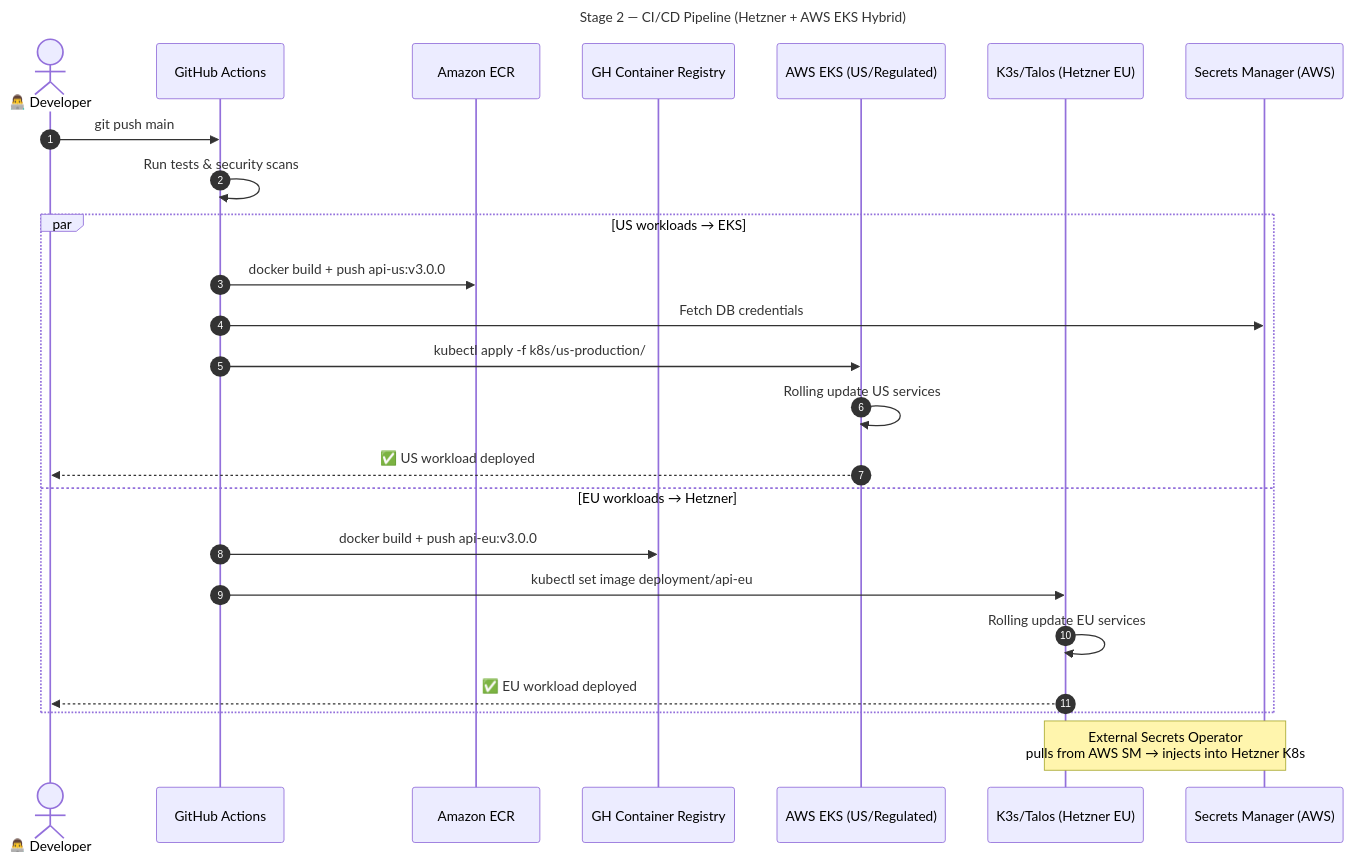
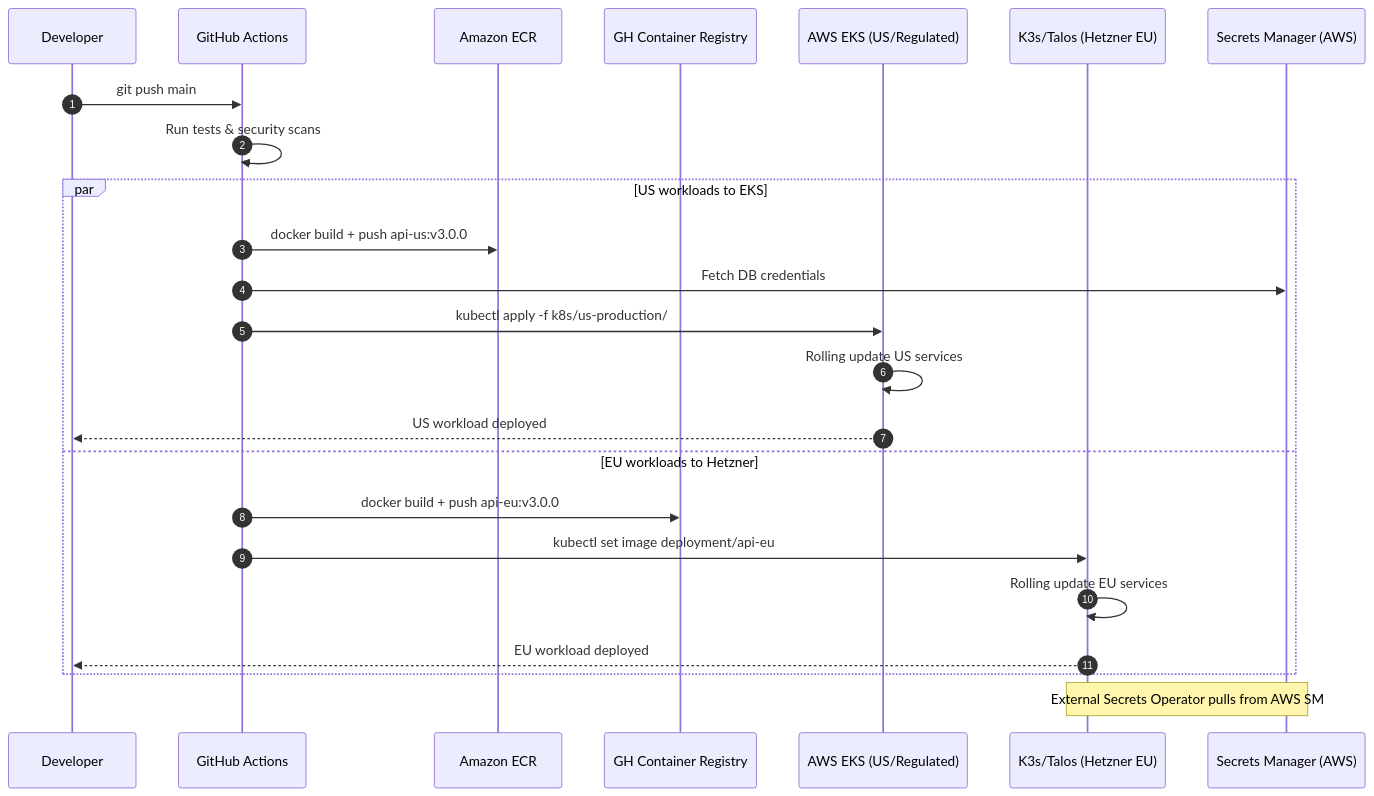
One commit to DurianLAB/hetzner-to-eks changed the ninth of 10 diagrams in README.md. Above: the diagram before and after it, drawn with Mermaid. The commit also changed other lines of this file, not shown here.

First line of the commit message:
fix: correct Mermaid syntax for GitHub rendering

````diff
--- a/README.md
+++ b/README.md
@@ -572,31 +548,29 @@
 ```mermaid
 sequenceDiagram
     autonumber
-    Title: Stage 2 — CI/CD Pipeline (Hetzner + AWS EKS Hybrid)
-
-    actor DEV as 👨‍💻 Developer
+    participant DEV as Developer
     participant GH as GitHub Actions
     participant ECR as Amazon ECR
     participant GHCR as GH Container Registry
     participant EKS as AWS EKS (US/Regulated)
     participant HETZNER as K3s/Talos (Hetzner EU)
     participant SM as Secrets Manager (AWS)
 
     DEV->>GH: git push main
     GH->>GH: Run tests & security scans
 
-    par US workloads → EKS
+    par US workloads to EKS
         GH->>ECR: docker build + push api-us:v3.0.0
         GH->>SM: Fetch DB credentials
         GH->>EKS: kubectl apply -f k8s/us-production/
         EKS->>EKS: Rolling update US services
-        EKS-->>DEV: ✅ US workload deployed
-    and EU workloads → Hetzner
+        EKS-->>DEV: US workload deployed
+    and EU workloads to Hetzner
         GH->>GHCR: docker build + push api-eu:v3.0.0
         GH->>HETZNER: kubectl set image deployment/api-eu
         HETZNER->>HETZNER: Rolling update EU services
-        HETZNER-->>DEV: ✅ EU workload deployed
+        HETZNER-->>DEV: EU workload deployed
     end
 
-    Note over SM,HETZNER: External Secrets Operator<br/>pulls from AWS SM → injects into Hetzner K8s
+    Note over SM,HETZNER: External Secrets Operator pulls from AWS SM
 ```
````
